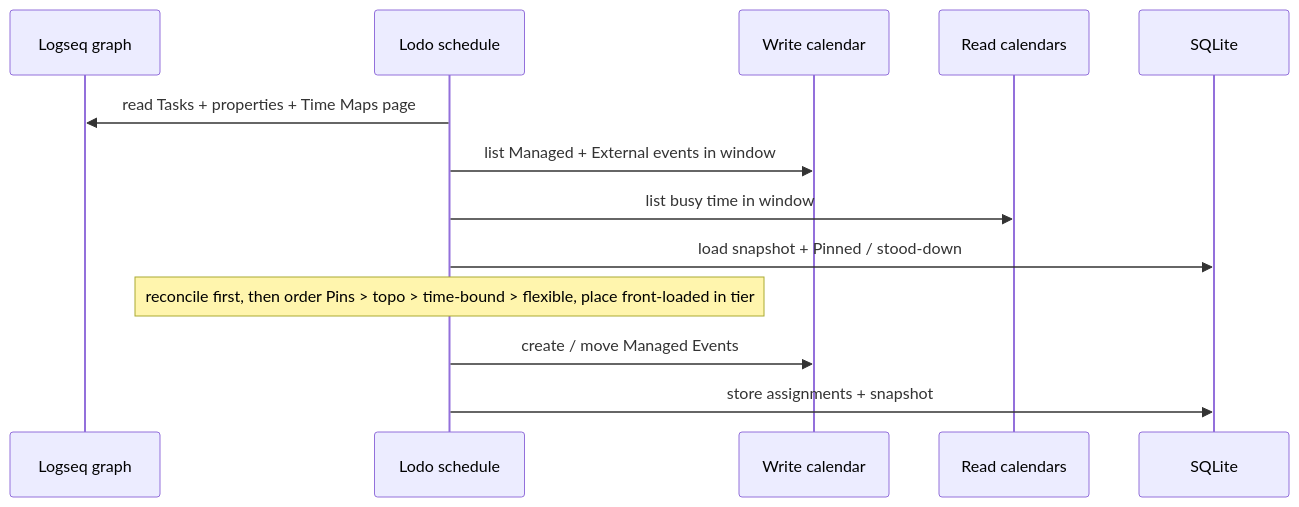
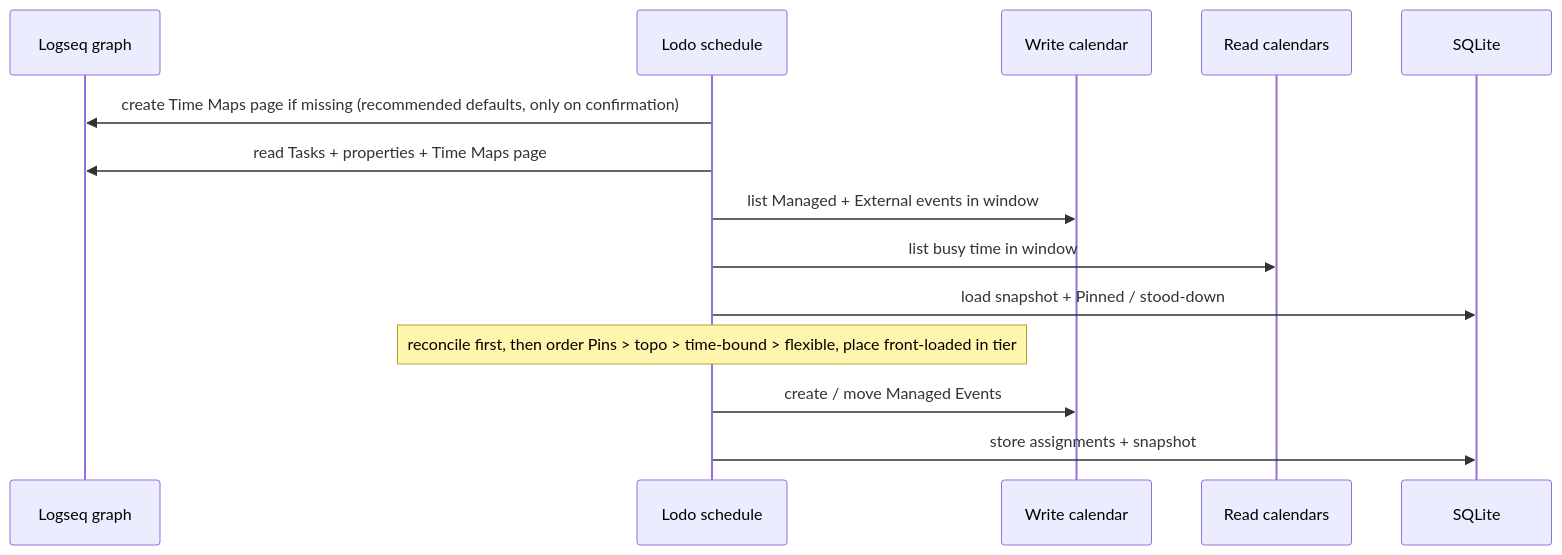
One commit to aries1980/lodo changed the fourth of 5 diagrams in docs/content/specs/scheduling.md. Above: the diagram before and after it, drawn with Mermaid. The commit also changed 4 other files, not shown here.

Commit message:
docs: note the prompted Time Maps bootstrap across specs and guides

````diff
--- a/docs/content/specs/scheduling.md
+++ b/docs/content/specs/scheduling.md
@@ -112,15 +112,16 @@
 ```mermaid
 sequenceDiagram
     participant LS as Logseq graph
     participant L as Lodo schedule
     participant WC as Write calendar
     participant RC as Read calendars
     participant DB as SQLite
+    L->>LS: create Time Maps page if missing (recommended defaults, only on confirmation)
     L->>LS: read Tasks + properties + Time Maps page
     L->>WC: list Managed + External events in window
     L->>RC: list busy time in window
     L->>DB: load snapshot + Pinned / stood-down
     Note over L: reconcile first, then order Pins > topo > time-bound > flexible, place front-loaded in tier
     L->>WC: create / move Managed Events
     L->>DB: store assignments + snapshot
 ```
````
